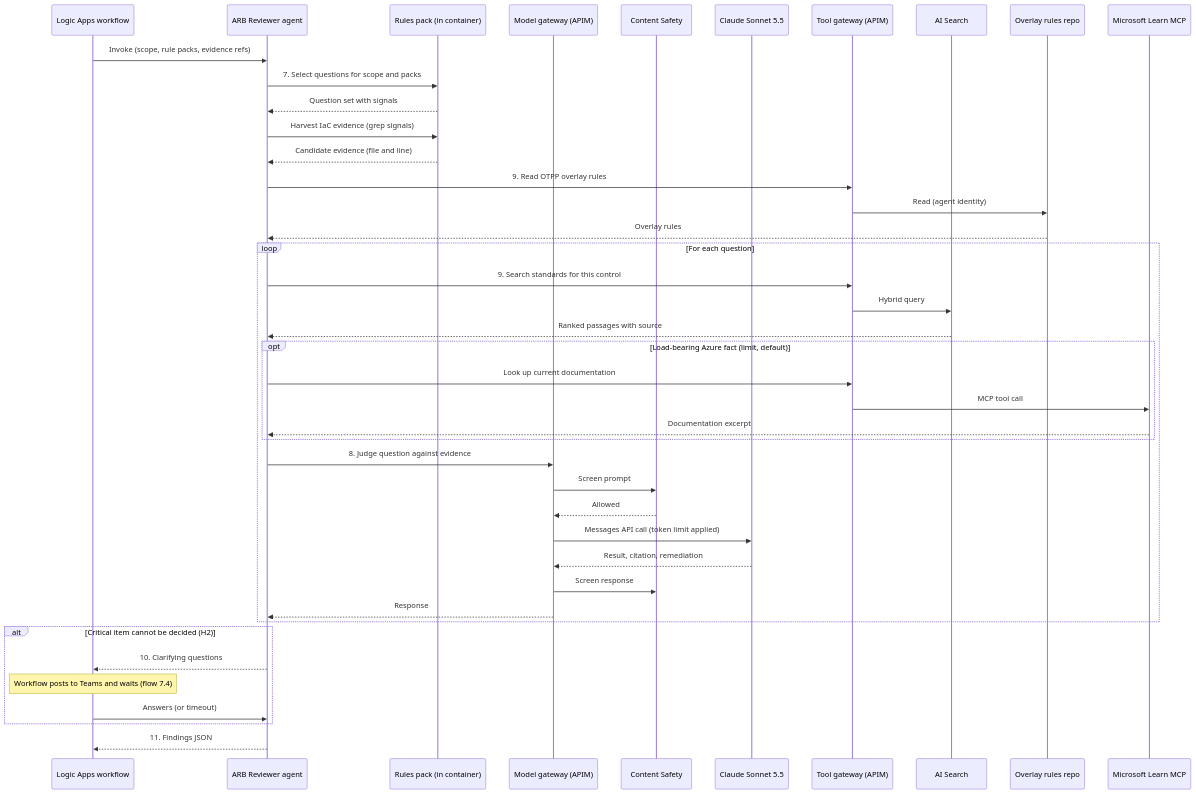
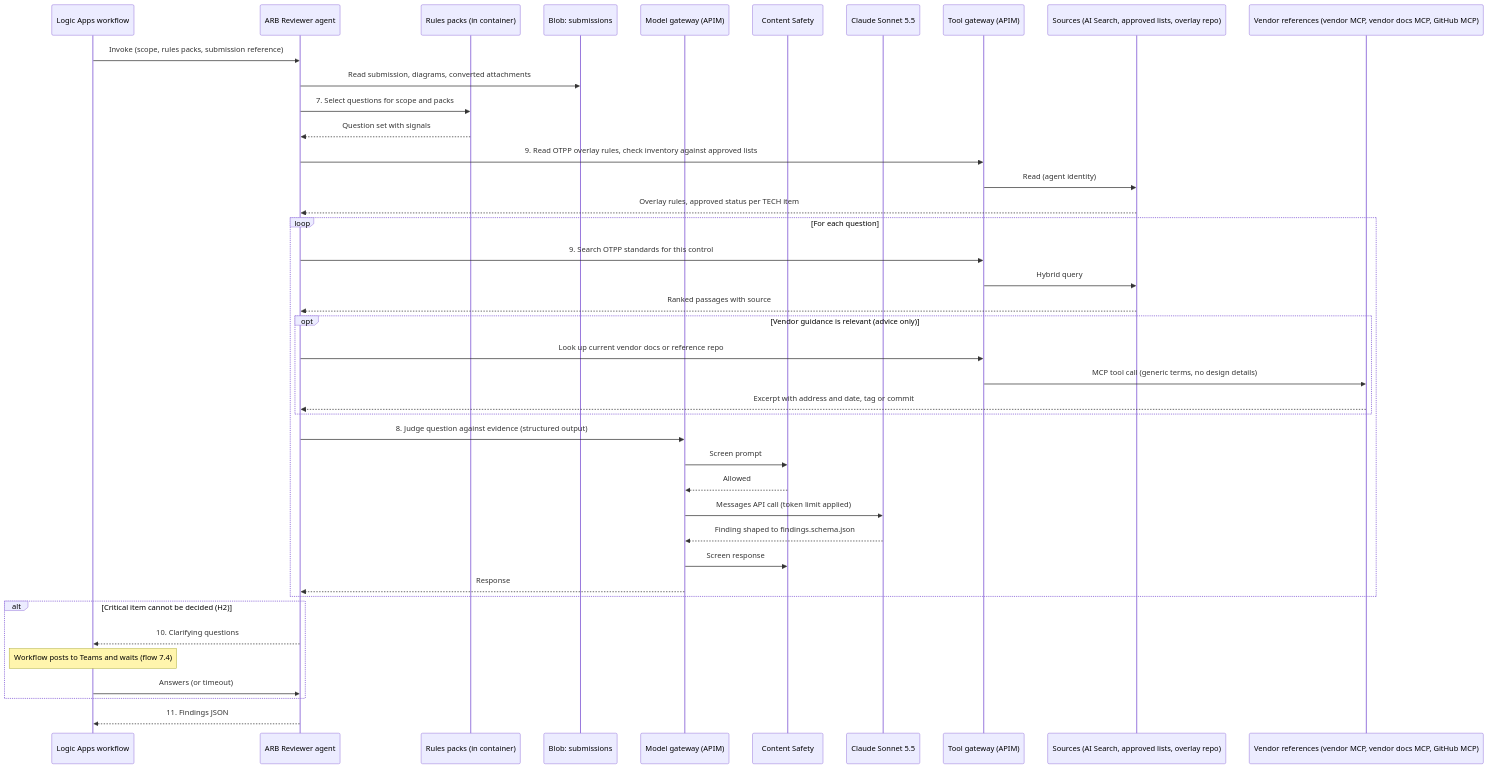
One commit to itsamitkr/arb-agent-design changed the third of 8 diagrams in ARB-Agent-Technical-Design.md. Above: the diagram before and after it, drawn with Mermaid. The commit also changed other lines of this file and 2 other files, not shown here.

````diff
--- a/ARB-Agent-Technical-Design.md
+++ b/ARB-Agent-Technical-Design.md
@@ -343,45 +495,44 @@
 ```mermaid
 sequenceDiagram
     participant LA as Logic Apps workflow
     participant AG as ARB Reviewer agent
-    participant VP as Rules pack (in container)
+    participant VP as Rules packs (in container)
+    participant BL as Blob: submissions
     participant MG as Model gateway (APIM)
     participant CS as Content Safety
     participant CL as Claude Sonnet 5.5
     participant TG as Tool gateway (APIM)
-    participant AS as AI Search
-    participant RP as Overlay rules repo
-    participant ML as Microsoft Learn MCP
+    participant SRC as Sources (AI Search, approved lists, overlay repo)
+    participant VR as Vendor references (vendor MCP, vendor docs MCP, GitHub MCP)
 
-    LA->>AG: Invoke (scope, rule packs, evidence refs)
+    LA->>AG: Invoke (scope, rules packs, submission reference)
+    AG->>BL: Read submission, diagrams, converted attachments
     AG->>VP: 7. Select questions for scope and packs
     VP-->>AG: Question set with signals
-    AG->>VP: Harvest IaC evidence (grep signals)
-    VP-->>AG: Candidate evidence (file and line)
-    AG->>TG: 9. Read OTPP overlay rules
-    TG->>RP: Read (agent identity)
-    RP-->>AG: Overlay rules
+    AG->>TG: 9. Read OTPP overlay rules, check inventory against approved lists
+    TG->>SRC: Read (agent identity)
+    SRC-->>AG: Overlay rules, approved status per TECH item
     loop For each question
-        AG->>TG: 9. Search standards for this control
-        TG->>AS: Hybrid query
-        AS-->>AG: Ranked passages with source
-        opt Load-bearing Azure fact (limit, default)
-            AG->>TG: Look up current documentation
-            TG->>ML: MCP tool call
-            ML-->>AG: Documentation excerpt
+        AG->>TG: 9. Search OTPP standards for this control
+        TG->>SRC: Hybrid query
+        SRC-->>AG: Ranked passages with source
+        opt Vendor guidance is relevant (advice only)
+            AG->>TG: Look up current vendor docs or reference repo
+            TG->>VR: MCP tool call (generic terms, no design details)
+            VR-->>AG: Excerpt with address and date, tag or commit
         end
-        AG->>MG: 8. Judge question against evidence
+        AG->>MG: 8. Judge question against evidence (structured output)
         MG->>CS: Screen prompt
         CS-->>MG: Allowed
         MG->>CL: Messages API call (token limit applied)
-        CL-->>MG: Result, citation, remediation
+        CL-->>MG: Finding shaped to findings.schema.json
         MG->>CS: Screen response
         MG-->>AG: Response
     end
     alt Critical item cannot be decided (H2)
         AG-->>LA: 10. Clarifying questions
         Note over LA: Workflow posts to Teams and waits (flow 7.4)
         LA->>AG: Answers (or timeout)
     end
     AG-->>LA: 11. Findings JSON
 ```
````
